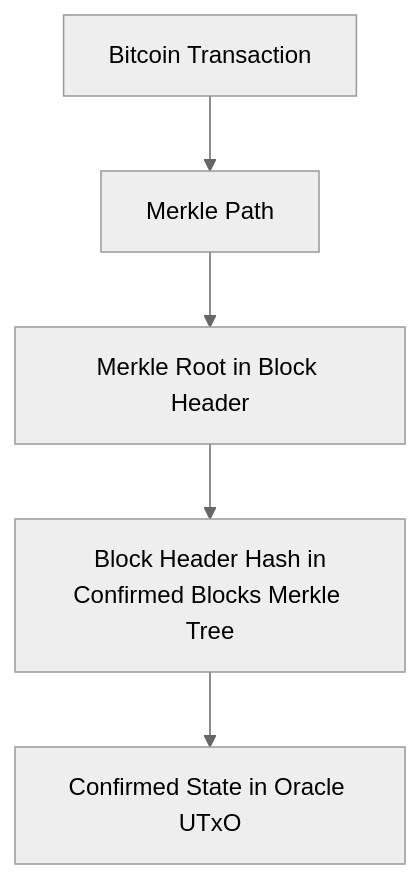
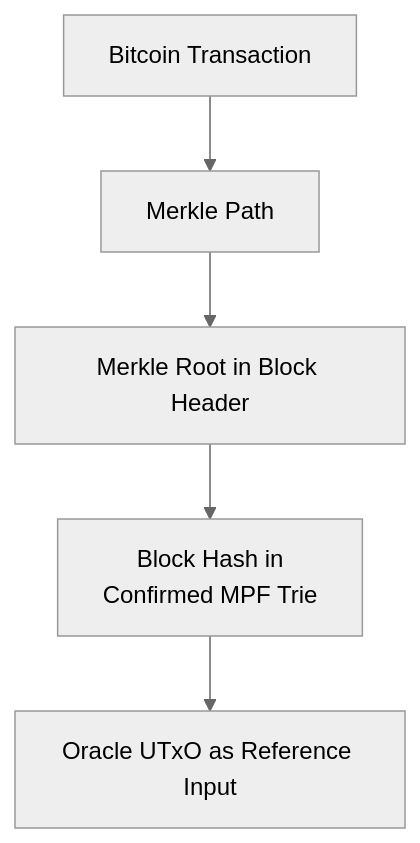
Before and after one commit to lantr-io/binocular: the second of 5 diagrams in Litepaper.md, drawn with Mermaid (neutral theme). The commit also changed other lines of this file and 5 other files, not shown here.

````diff
--- a/Litepaper.md
+++ b/Litepaper.md
@@ -72,7 +78,7 @@
 ```mermaid
 graph TD
     A[Bitcoin Transaction] --> B[Merkle Path]
     B --> C[Merkle Root in Block Header]
-    C --> D[Block Header Hash in<br/>Confirmed Blocks Merkle Tree]
-    D --> E[Confirmed State in Oracle UTxO]
+    C --> D[Block Hash in<br/>Confirmed MPF Trie]
+    D --> E[Oracle UTxO as Reference Input]
 ```
````
